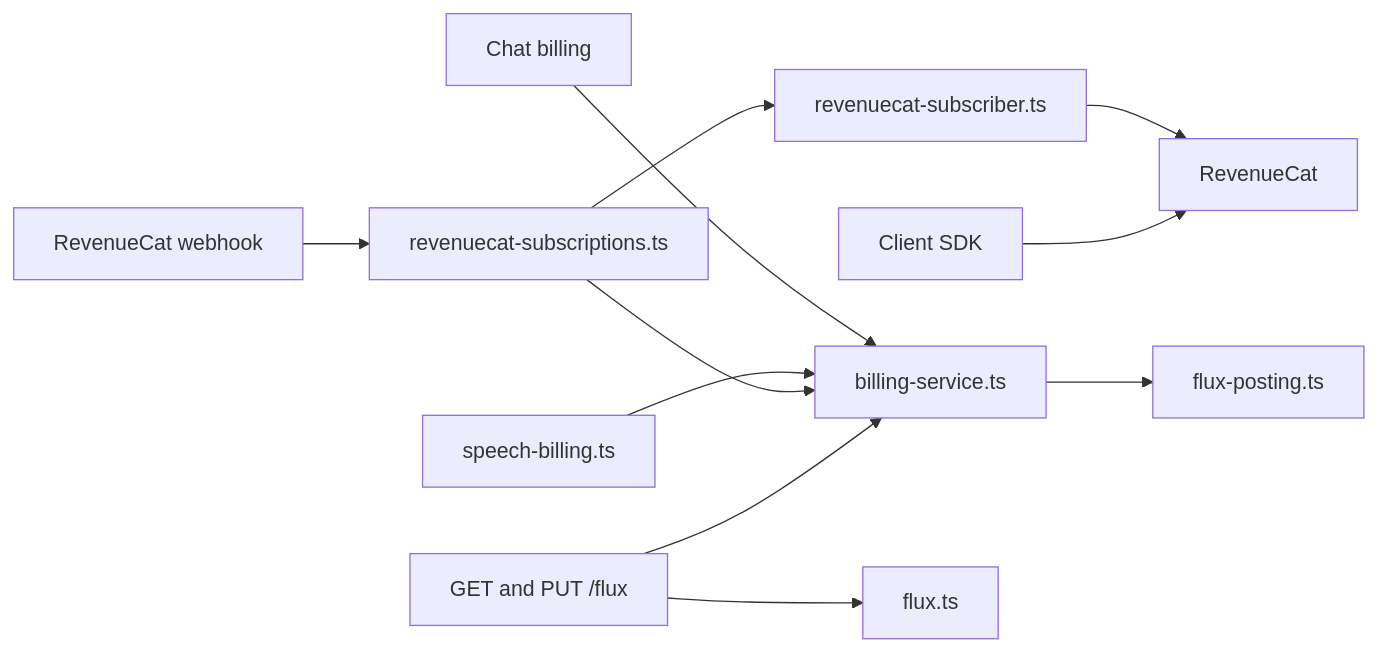
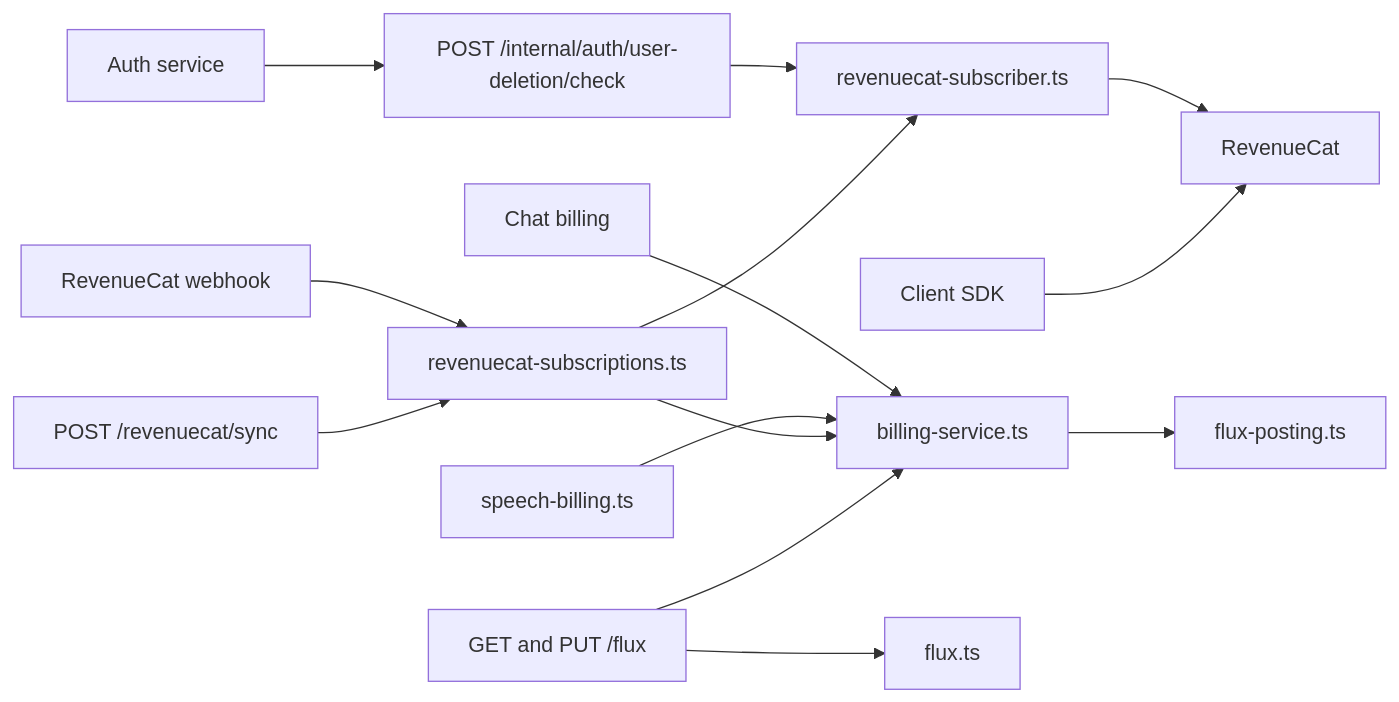
One commit to ZhuangRenyang/airi changed the first of 2 diagrams in server/docs/ai/adr/2026-10-04-subscription-credits.md. Above: the diagram before and after it, drawn with Mermaid. The commit also changed other lines of this file and 27 other files, not shown here.

````diff
--- a/server/docs/ai/adr/2026-10-04-subscription-credits.md
+++ b/server/docs/ai/adr/2026-10-04-subscription-credits.md
@@ -147,13 +183,16 @@
 ```mermaid
 flowchart LR
   Chat[Chat billing] --> Billing[billing-service.ts]
   Speech[speech-billing.ts] --> Billing
   Billing --> Posting[flux-posting.ts]
   Webhook[RevenueCat webhook] --> Sync["revenuecat-subscriptions.ts"]
+  SyncRoute["POST /revenuecat/sync"] --> Sync
+  Auth[Auth service] --> Check["POST /internal/auth/user-deletion/check"]
+  Check --> Reader
   Sync --> Reader["revenuecat-subscriber.ts"]
   Reader --> RC[RevenueCat]
   Sync --> Billing
   Client[Client SDK] --> RC
   FluxRoute["GET and PUT /flux"] --> Billing
   FluxRoute --> FluxService[flux.ts]
 ```
````
